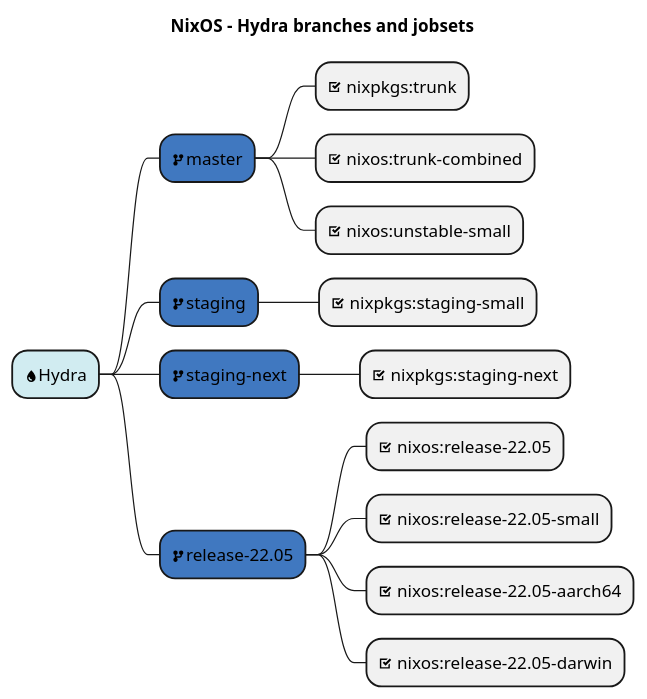
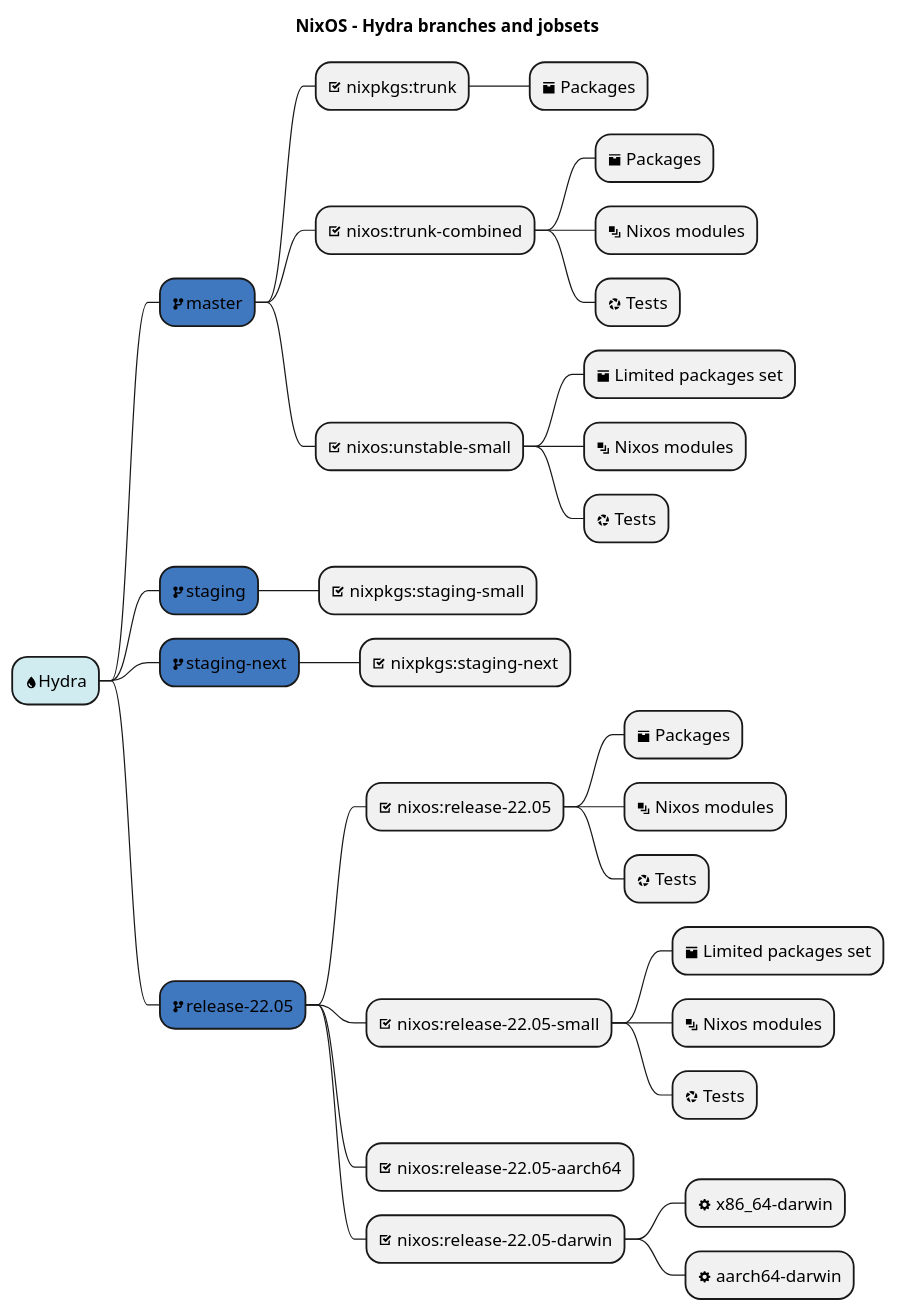
Before and after one commit to drupol/nixos-processes: the diagram in src/hydra.plantuml, drawn with PlantUML.

Commit message:
Update `Hydra` diagrams.

```diff
--- a/src/hydra.plantuml
+++ b/src/hydra.plantuml
@@ -1,30 +1,44 @@
 @startmindmap
 title NixOS - Hydra branches and jobsets
 
 <style>
 mindmapDiagram {
   :depth(0) {
     BackGroundColor d1ecf1
   }
   :depth(1) {
     BackGroundColor 4078c0
   }
 }
 </style>
 
 * <&droplet>Hydra
 ** <&fork>master
 *** <&task> nixpkgs:trunk
+**** <&box> Packages
 *** <&task> nixos:trunk-combined
+**** <&box> Packages
+**** <&layers> Nixos modules
+**** <&aperture> Tests
 *** <&task> nixos:unstable-small
+**** <&box> Limited packages set
+**** <&layers> Nixos modules
+**** <&aperture> Tests
 ** <&fork>staging
 *** <&task> nixpkgs:staging-small
 ** <&fork>staging-next
 *** <&task> nixpkgs:staging-next
 ** <&fork>release-22.05
 *** <&task> nixos:release-22.05
+**** <&box> Packages
+**** <&layers> Nixos modules
+**** <&aperture> Tests
 *** <&task> nixos:release-22.05-small
+**** <&box> Limited packages set
+**** <&layers> Nixos modules
+**** <&aperture> Tests
 *** <&task> nixos:release-22.05-aarch64
 *** <&task> nixos:release-22.05-darwin
-
+**** <&cog> x86_64-darwin
+**** <&cog> aarch64-darwin
 @endmindmap
```
